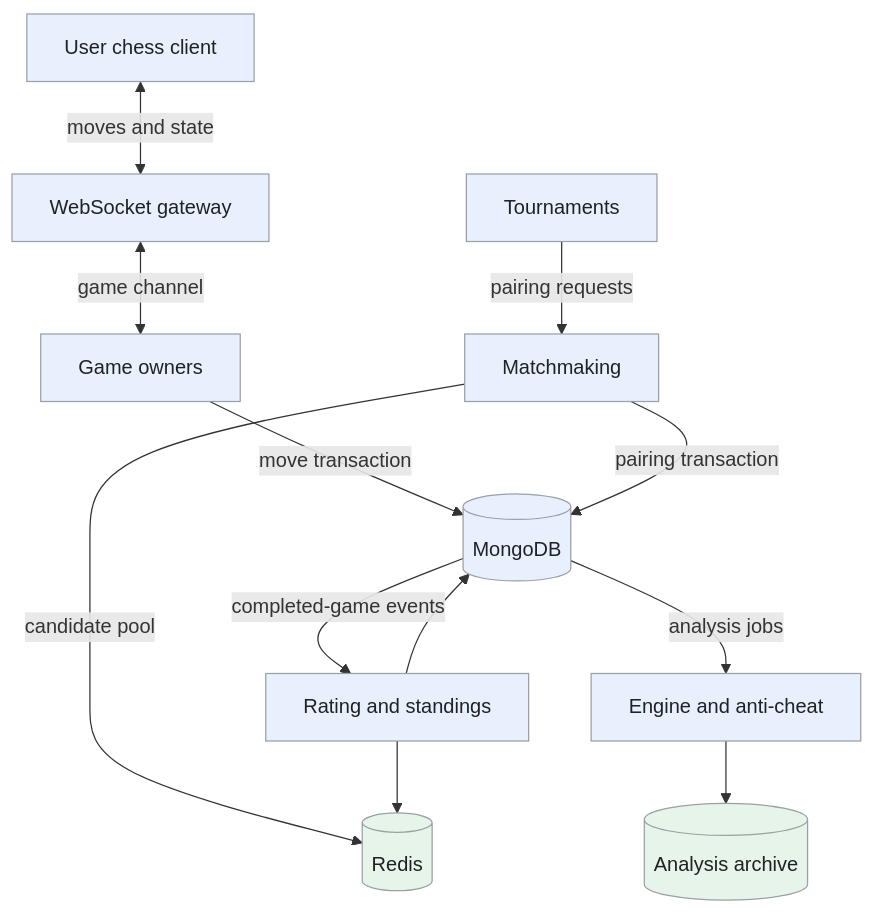
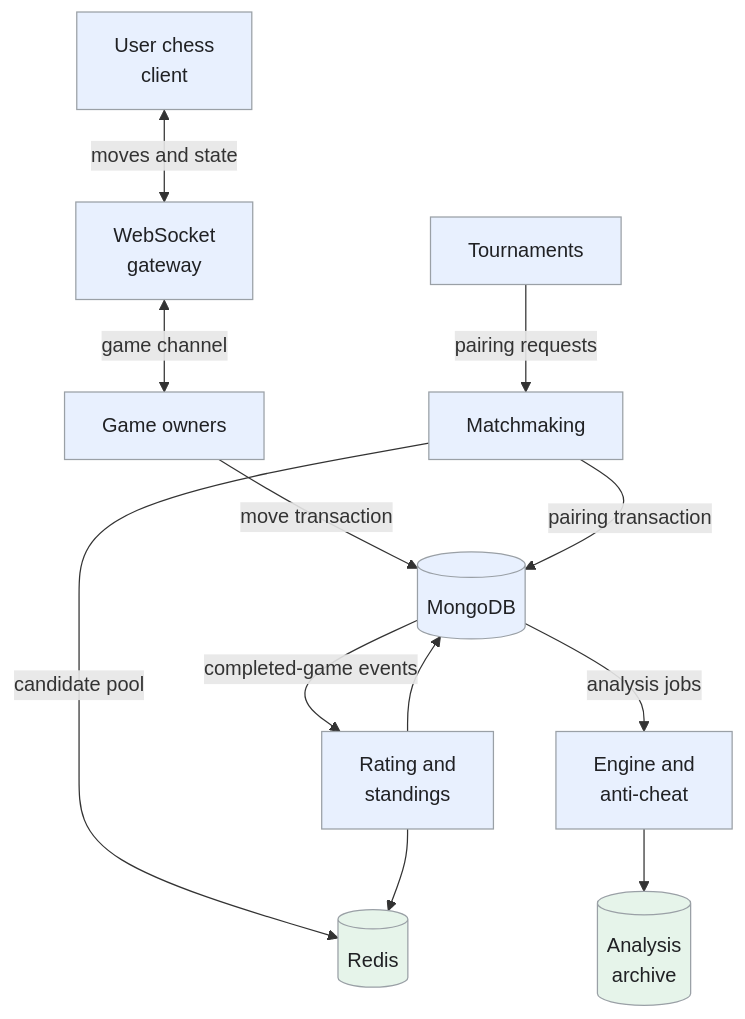
The first of 5 diagrams in _designs/system-design-online-chess.md (iliazlobin/iliazlobin.github.io), drawn with Mermaid before and after one commit. The commit also changed other lines of this file and 116 other files, not shown here.

````diff
--- a/_designs/system-design-online-chess.md
+++ b/_designs/system-design-online-chess.md
@@ -152,19 +152,19 @@
 ```mermaid
 flowchart TB
-  U[User chess client] <-->|moves and state| G[WebSocket gateway]
+  U["User chess<br>client"] <-->|moves and state| G["WebSocket<br>gateway"]
   G <-->|game channel| S[Game owners]
   S -->|move transaction| DB[(MongoDB)]
   M[Matchmaking] -->|candidate pool| R[(Redis)]
   M -->|pairing transaction| DB
   T[Tournaments] -->|pairing requests| M
-  DB -->|completed-game events| W[Rating and standings]
+  DB -->|completed-game events| W["Rating and<br>standings"]
   W --> DB
   W --> R
-  DB -->|analysis jobs| A[Engine and anti-cheat]
-  A --> O[(Analysis archive)]
+  DB -->|analysis jobs| A["Engine and<br>anti-cheat"]
+  A --> O[("Analysis<br>archive")]
   classDef request fill:#e8f0fe,stroke:#9aa0a6,color:#202124,stroke-width:1px
   classDef background fill:#e6f4ea,stroke:#9aa0a6,color:#202124,stroke-width:1px
   classDef control fill:#fef7e0,stroke:#9aa0a6,color:#202124,stroke-width:1px
   class U,G,S,DB,M,T,W,A request
   class R,O background
 ```
````
